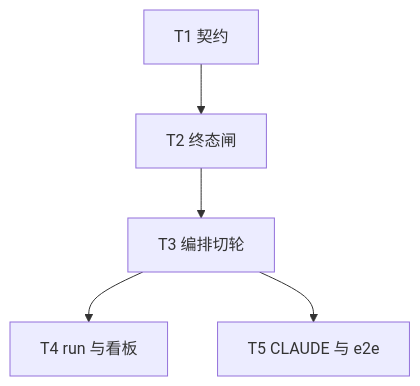
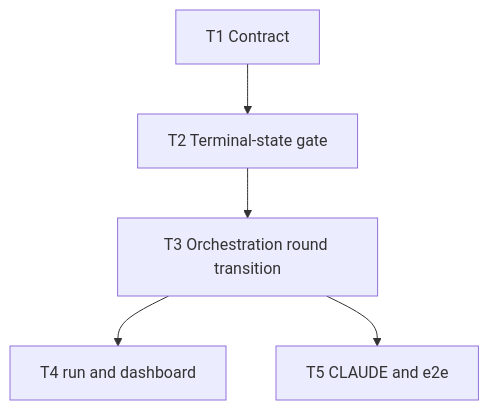
One commit to Curry09/AHE-Beta changed the diagram in docs/specs/0050-round-delivery-gate.md. Above: the diagram before and after it, drawn with Mermaid. The commit also changed other lines of this file and 531 other files, not shown here.

````diff
--- a/docs/specs/0050-round-delivery-gate.md
+++ b/docs/specs/0050-round-delivery-gate.md
@@ -205,12 +205,12 @@
 ```mermaid
 flowchart TD
-  T1[T1 契约]
-  T2[T2 终态闸]
-  T3[T3 编排切轮]
-  T4[T4 run 与看板]
-  T5[T5 CLAUDE 与 e2e]
+  T1[T1 Contract]
+  T2[T2 Terminal-state gate]
+  T3[T3 Orchestration round transition]
+  T4[T4 run and dashboard]
+  T5[T5 CLAUDE and e2e]
   T1 --> T2
   T2 --> T3
   T3 --> T4
   T3 --> T5
 ```
````
